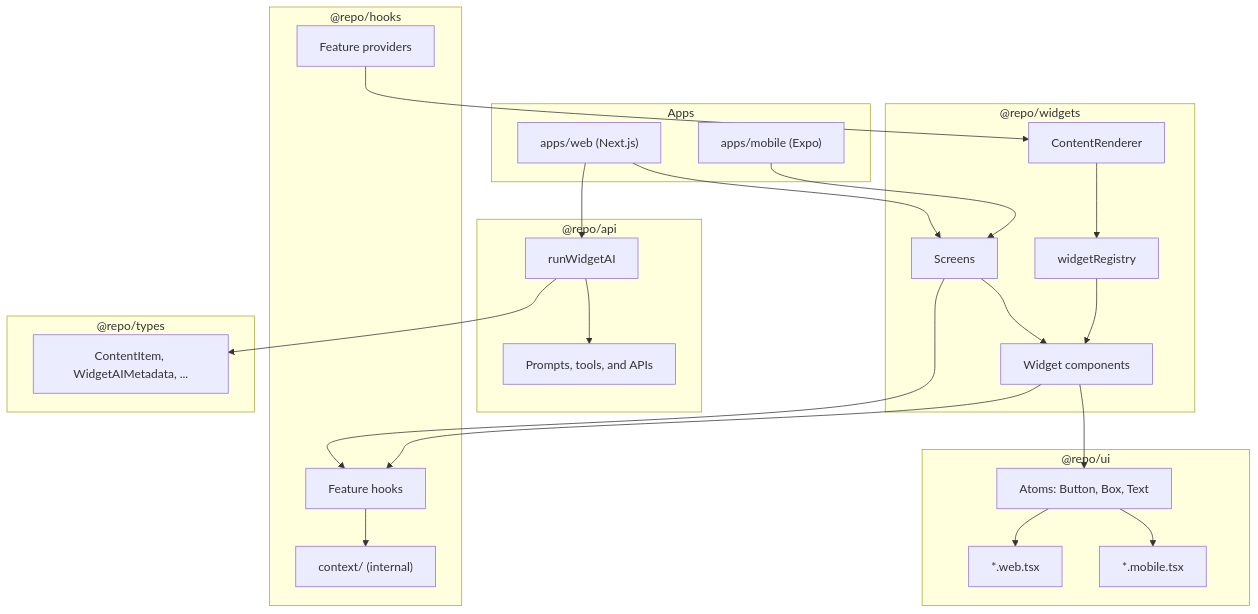
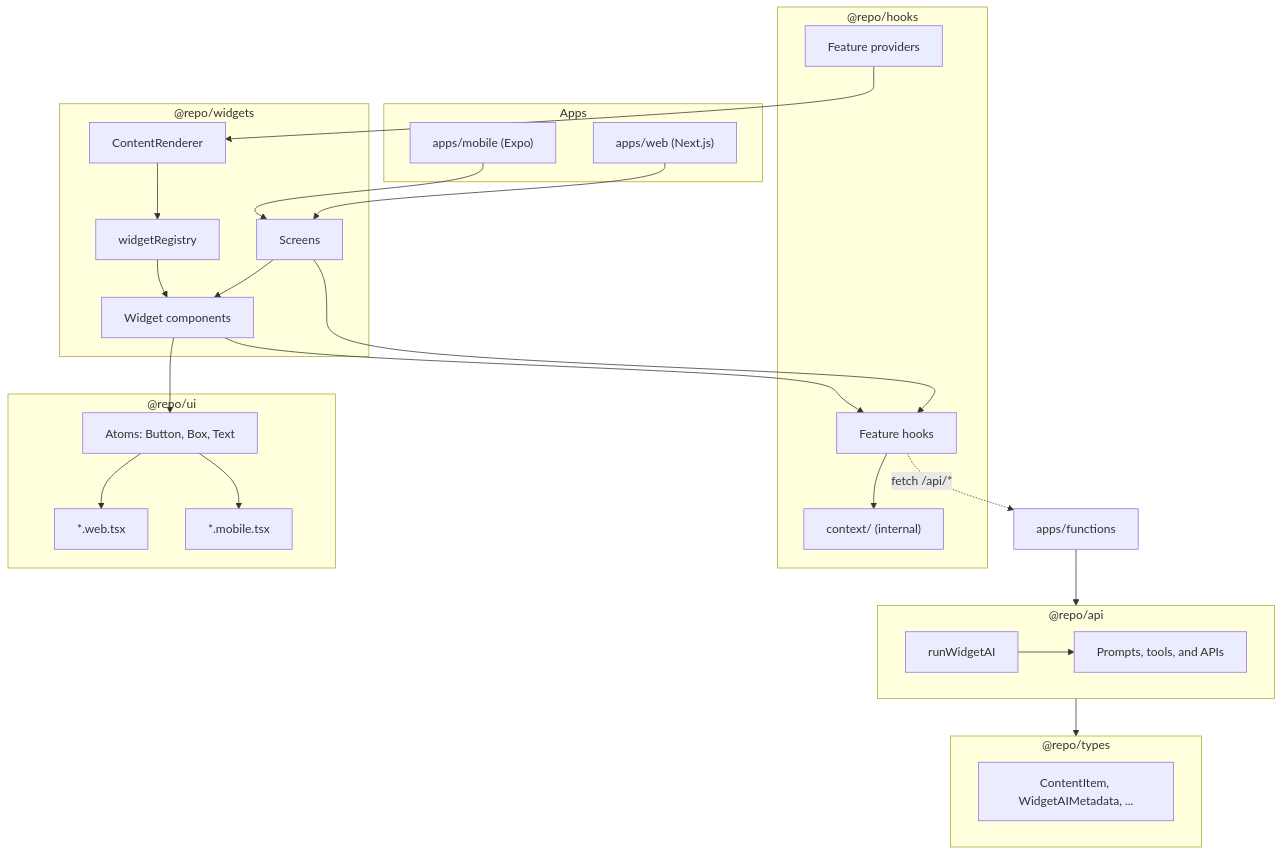
The first of 5 diagrams in packages/widgets/ARCHITECTURE.md (neetigyachahar/ghoomai), drawn with Mermaid before and after one commit. The commit also changed other lines of this file and 43 other files, not shown here.

````diff
--- a/packages/widgets/ARCHITECTURE.md
+++ b/packages/widgets/ARCHITECTURE.md
@@ -19,51 +19,52 @@
 ```mermaid
 flowchart TB
   subgraph apps [Apps]
     Web["apps/web (Next.js)"]
     Mobile["apps/mobile (Expo)"]
   end
 
   subgraph hooksPkg ["@repo/hooks"]
     Providers[Feature providers]
     FeatureHooks[Feature hooks]
     Context["context/ (internal)"]
   end
 
   subgraph apiPkg ["@repo/api"]
     RunAI[runWidgetAI]
     ServerAPIs[Prompts, tools, and APIs]
   end
 
   subgraph widgetsPkg ["@repo/widgets"]
     Renderer[ContentRenderer]
     Registry[widgetRegistry]
     Widgets[Widget components]
     Screens[Screens]
   end
 
   subgraph typesPkg ["@repo/types"]
     Types[ContentItem, WidgetAIMetadata, ...]
   end
 
   subgraph uiPkg ["@repo/ui"]
     Atoms["Atoms: Button, Box, Text"]
     WebImpl["*.web.tsx"]
     MobileImpl["*.mobile.tsx"]
   end
 
   Web --> Screens
   Mobile --> Screens
-  Web --> RunAI
+  Functions["apps/functions"] --> apiPkg
+  FeatureHooks -.->|fetch /api/*| Functions
   RunAI --> ServerAPIs
-  RunAI --> Types
+  apiPkg --> typesPkg
   Screens --> FeatureHooks
   Screens --> Widgets
   Providers --> Renderer
   Renderer --> Registry
   Registry --> Widgets
   Widgets --> FeatureHooks
   Widgets --> Atoms
   FeatureHooks --> Context
   Atoms --> WebImpl
   Atoms --> MobileImpl
 ```
````
